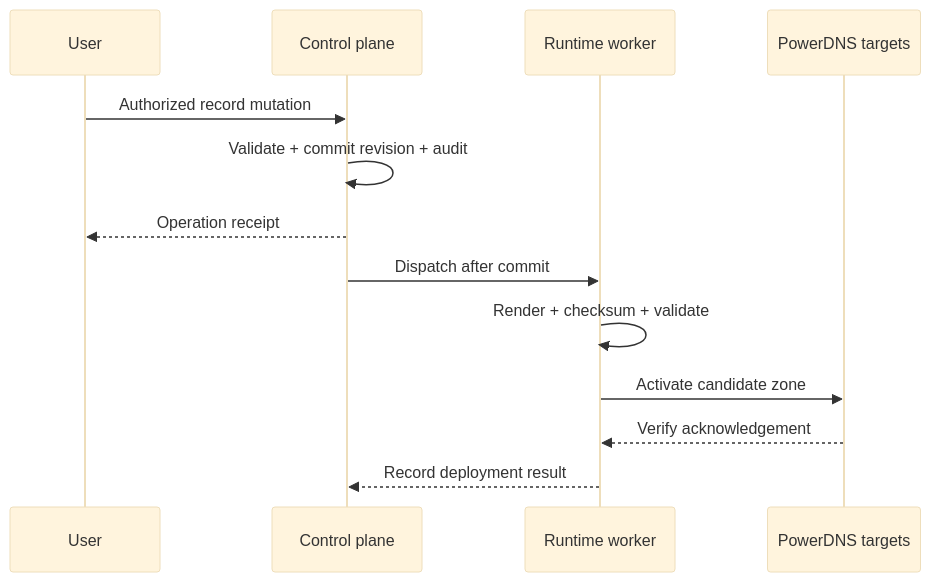
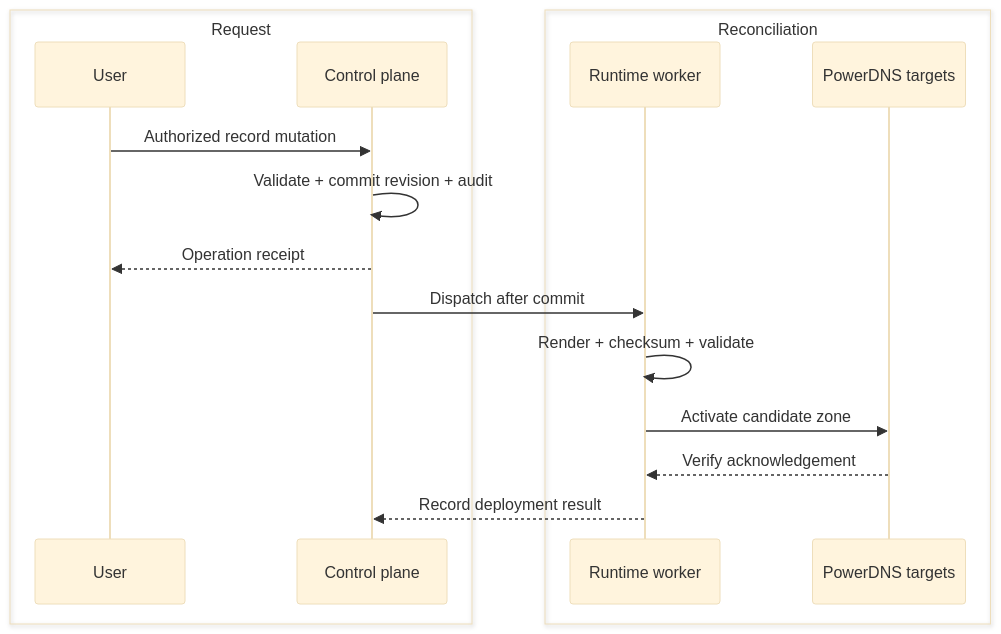
The second of 3 diagrams in docs/concepts/how-cdnfoundry-works.md (vaheed/CDNFoundry), drawn with Mermaid (base theme) before and after one commit. The commit also changed other lines of this file and 24 other files, not shown here.

````diff
--- a/docs/concepts/how-cdnfoundry-works.md
+++ b/docs/concepts/how-cdnfoundry-works.md
@@ -86,15 +91,19 @@
 ```mermaid
 sequenceDiagram
-    participant U as User
-    participant C as Control plane
-    participant W as Runtime worker
-    participant P as PowerDNS targets
+    box Request
+      participant U as User
+      participant C as Control plane
+    end
+    box Reconciliation
+      participant W as Runtime worker
+      participant P as PowerDNS targets
+    end
     U->>C: Authorized record mutation
     C->>C: Validate + commit revision + audit
     C-->>U: Operation receipt
     C->>W: Dispatch after commit
     W->>W: Render + checksum + validate
     W->>P: Activate candidate zone
     P-->>W: Verify acknowledgement
     W-->>C: Record deployment result
 ```
````
